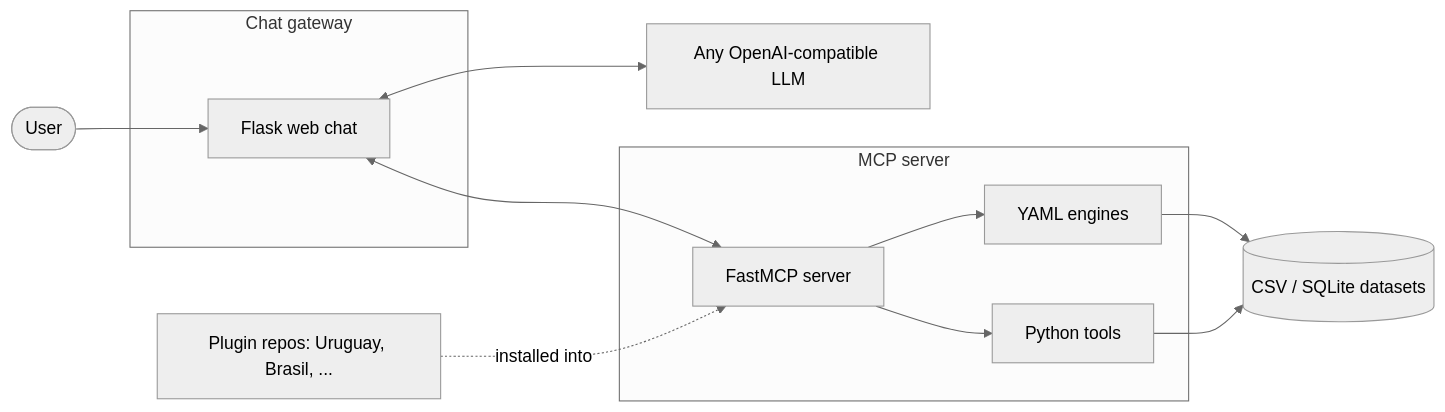
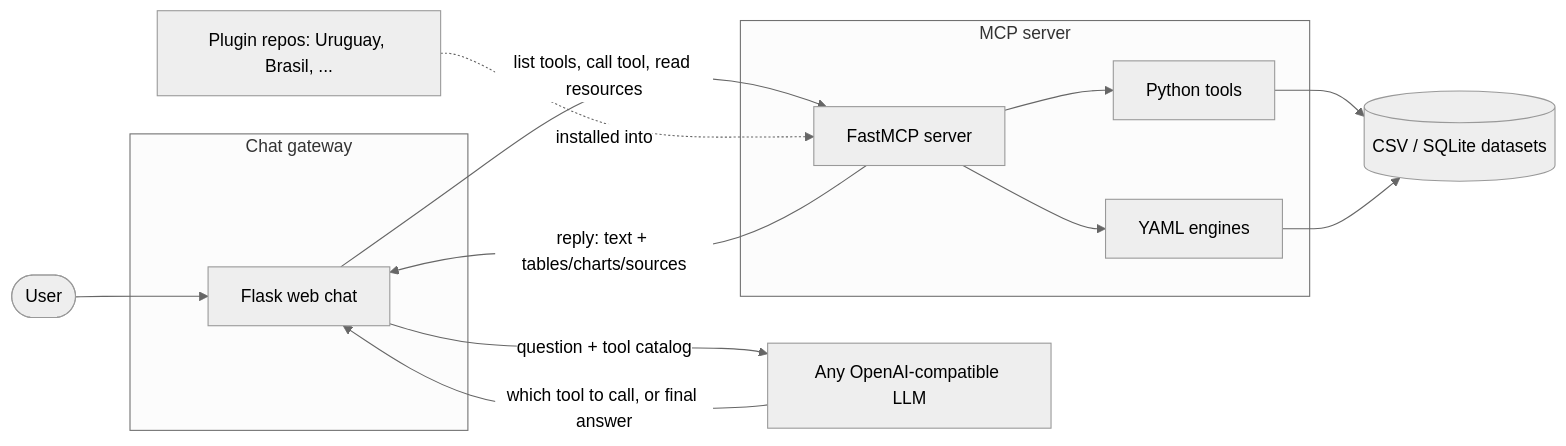
One commit to okfn/mcp-docs changed the diagram in docs/overview/architecture.md. Above: the diagram before and after it, drawn with Mermaid (neutral theme). The commit also changed other lines of this file and 9 other files, not shown here.

````diff
--- a/docs/overview/architecture.md
+++ b/docs/overview/architecture.md
@@ -5,21 +19,24 @@
 ```mermaid
 flowchart LR
     user([User]) --> gateway
 
     subgraph chat [Chat gateway]
         gateway[Flask web chat]
     end
 
-    gateway <--> llm[Any OpenAI-compatible LLM]
-    gateway <--> server
+    gateway -- "question + tool catalog" --> llm[Any OpenAI-compatible LLM]
+    llm -- "which tool to call, or final answer" --> gateway
+
+    gateway -- "list tools, call tool, read resources" --> server
+    server -- "reply: text + tables/charts/sources" --> gateway
 
     subgraph mcp [MCP server]
         server[FastMCP server]
+        server --> pytools[Python tools]
         server --> engines[YAML engines]
-        server --> pytools[Python tools]
     end
 
-    engines --> data[(CSV / SQLite datasets)]
-    pytools --> data
+    pytools --> data[(CSV / SQLite datasets)]
+    engines --> data
     plugins[Plugin repos: Uruguay, Brasil, ...] -. installed into .-> server
 ```
````
